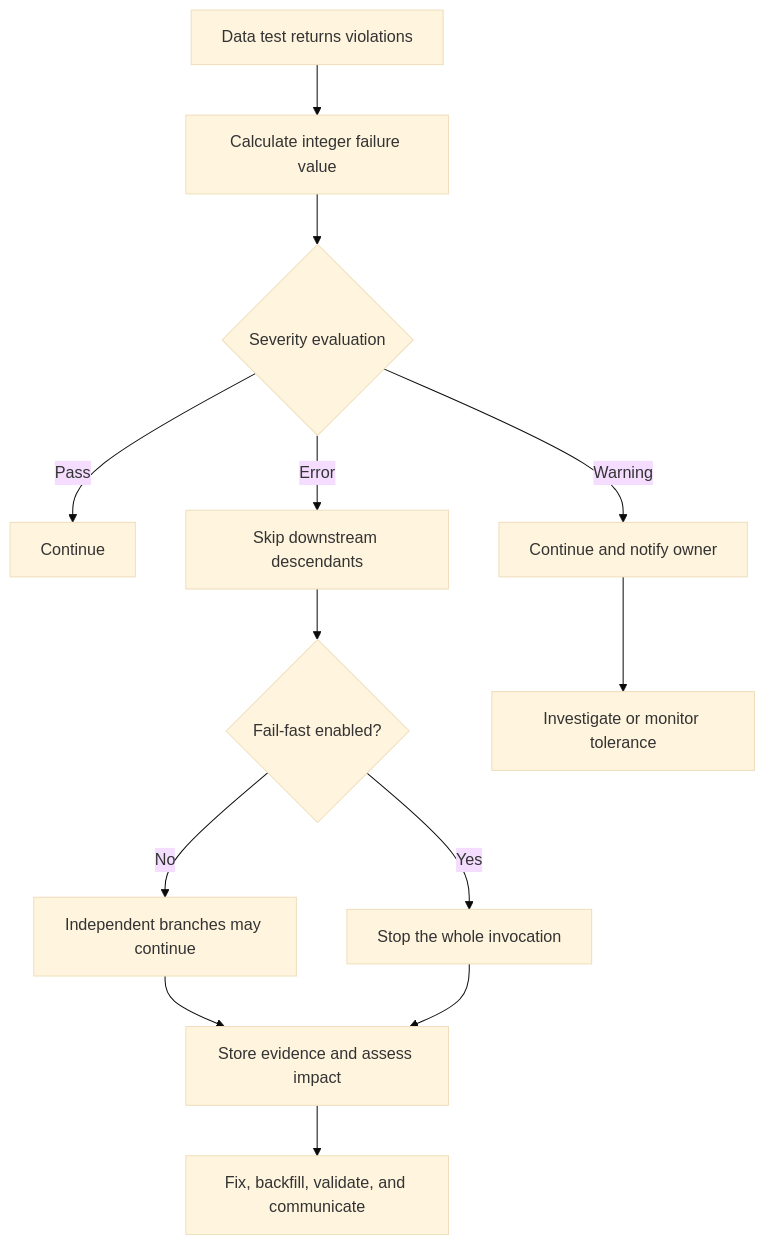
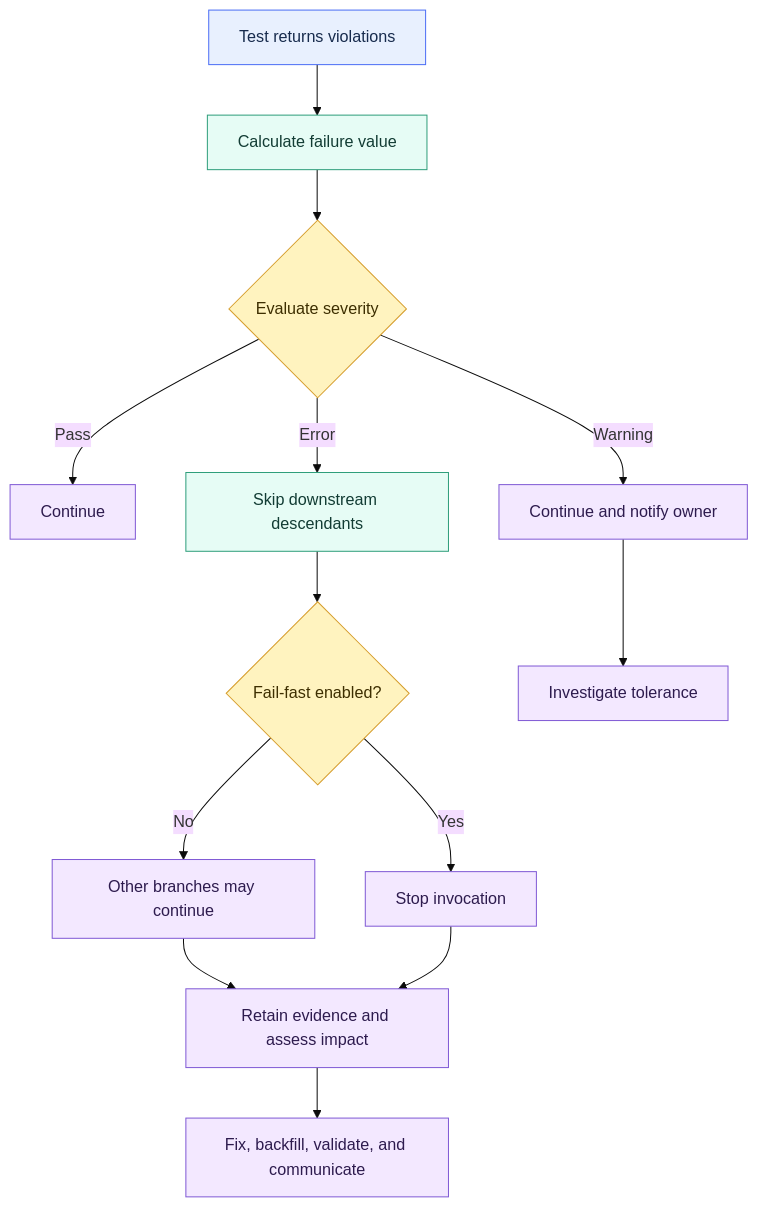
Before and after one commit to shonningsoy/Upskill: the diagram in 02 dbt/03 Testing Documentation and Data Quality/27 Test Severity and Failure Handling.md, drawn with Mermaid (base theme). The commit also changed other lines of this file and 31 other files, not shown here.

````diff
--- a/02 dbt/03 Testing Documentation and Data Quality/27 Test Severity and Failure Handling.md
+++ b/02 dbt/03 Testing Documentation and Data Quality/27 Test Severity and Failure Handling.md
@@ -78,15 +79,25 @@
 ```mermaid
 flowchart TD
-    A[Data test returns violations] --> B[Calculate integer failure value]
-    B --> C{Severity evaluation}
+    A[Test returns violations] --> B[Calculate failure value]
+    B --> C{Evaluate severity}
     C -->|Pass| D[Continue]
     C -->|Warning| E[Continue and notify owner]
     C -->|Error| F[Skip downstream descendants]
     F --> G{Fail-fast enabled?}
-    G -->|No| H[Independent branches may continue]
-    G -->|Yes| I[Stop the whole invocation]
-    E --> J[Investigate or monitor tolerance]
-    H --> K[Store evidence and assess impact]
+    G -->|No| H[Other branches may continue]
+    G -->|Yes| I[Stop invocation]
+    E --> J[Investigate tolerance]
+    H --> K[Retain evidence and assess impact]
     I --> K
     K --> L[Fix, backfill, validate, and communicate]
+
+    class A input
+    class C,G control
+    class B,F dbt
+    class D,E,H,I,J,K,L output
+    classDef input fill:#E8F0FE,stroke:#4C6EF5,color:#172B4D
+    classDef control fill:#FFF3BF,stroke:#D69E2E,color:#3D2E00
+    classDef dbt fill:#E6FCF5,stroke:#2F9E7B,color:#123C34
+    classDef platform fill:#F1F3F5,stroke:#868E96,color:#212529
+    classDef output fill:#F3E8FF,stroke:#805AD5,color:#2D1B4E
 ```
````
